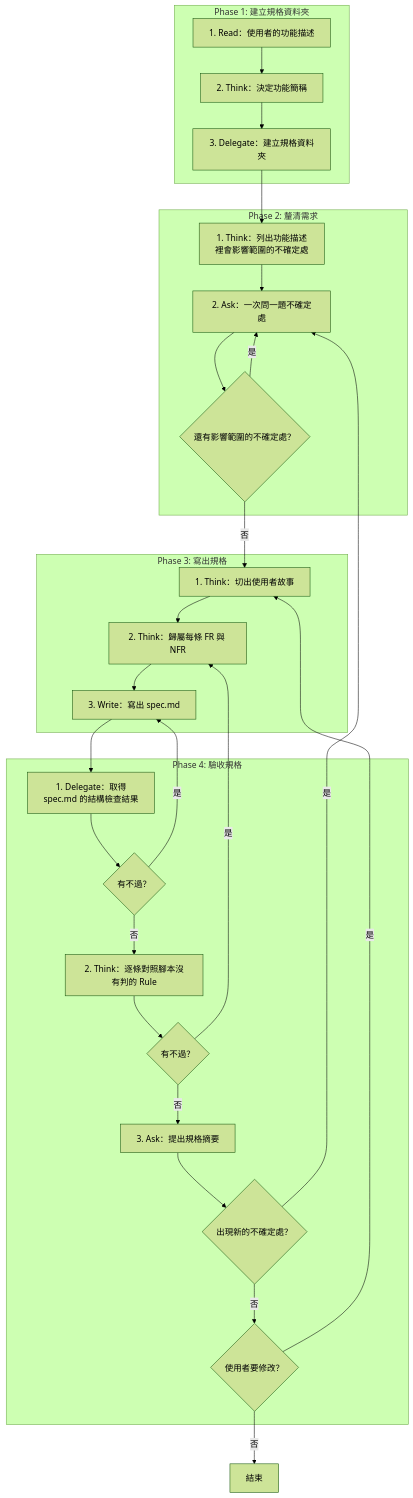
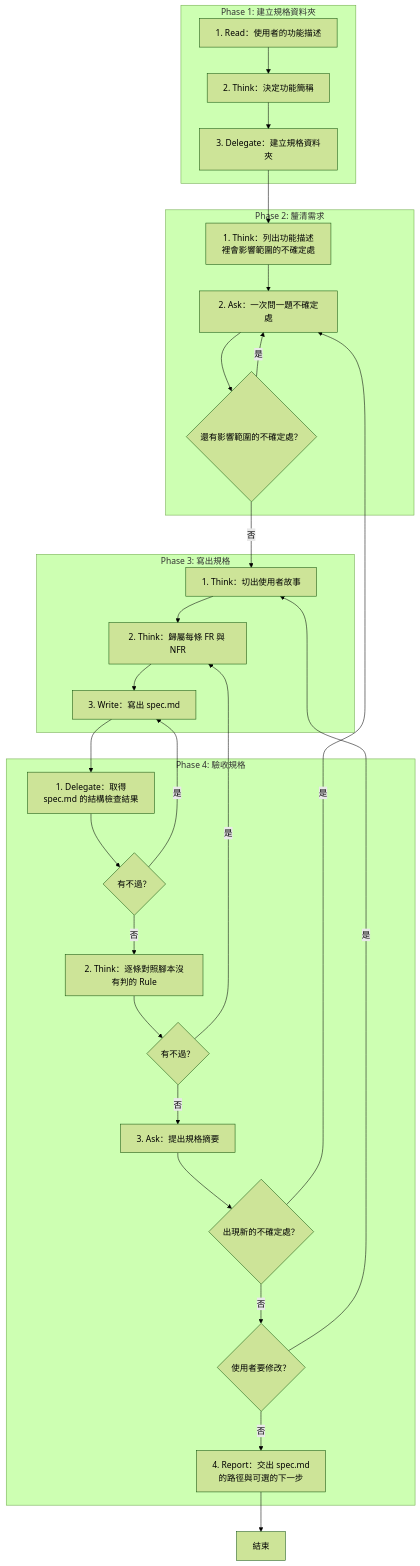
The diagram in .agents/skills/specify/SKILL.md (AI-x-BDD/BDGG-Dev-Skills), drawn with Mermaid (forest theme) before and after one commit. The commit also changed other lines of this file and 16 other files, not shown here.

````diff
--- a/.agents/skills/specify/SKILL.md
+++ b/.agents/skills/specify/SKILL.md
@@ -30,49 +31,51 @@
 ```mermaid
 flowchart TD
     subgraph P1["Phase 1: 建立規格資料夾"]
         P1S1["1. Read：使用者的功能描述"]
         P1S2["2. Think：決定功能簡稱"]
         P1S3["3. Delegate：建立規格資料夾"]
     end
     subgraph P2["Phase 2: 釐清需求"]
         P2S1["1. Think：列出功能描述<br/>裡會影響範圍的不確定處"]
         P2S2["2. Ask：一次問一題不確定處"]
         G_P2S2_1{"還有影響範圍的不確定處？"}
     end
     subgraph P3["Phase 3: 寫出規格"]
         P3S1["1. Think：切出使用者故事"]
         P3S2["2. Think：歸屬每條 FR 與 NFR"]
         P3S3["3. Write：寫出 spec.md"]
     end
     subgraph P4["Phase 4: 驗收規格"]
         P4S1["1. Delegate：取得<br/>spec.md 的結構檢查結果"]
         G_P4S1_1{"有不過？"}
         P4S2["2. Think：逐條對照腳本沒有判的 Rule"]
         G_P4S2_1{"有不過？"}
         P4S3["3. Ask：提出規格摘要"]
         G_P4S3_1{"出現新的不確定處？"}
         G_P4S3_2{"使用者要修改？"}
+        P4S4["4. Report：交出 spec.md<br/>的路徑與可選的下一步"]
     end
     End["結束"]
     P1S1 --> P1S2
     P1S2 --> P1S3
     P1S3 --> P2S1
     P2S1 --> P2S2
     P2S2 --> G_P2S2_1
     G_P2S2_1 -->|是| P2S2
     G_P2S2_1 -->|否| P3S1
     P3S1 --> P3S2
     P3S2 --> P3S3
     P3S3 --> P4S1
     P4S1 --> G_P4S1_1
     G_P4S1_1 -->|是| P3S3
     G_P4S1_1 -->|否| P4S2
     P4S2 --> G_P4S2_1
     G_P4S2_1 -->|是| P3S2
     G_P4S2_1 -->|否| P4S3
     P4S3 --> G_P4S3_1
     G_P4S3_1 -->|是| P2S2
     G_P4S3_1 -->|否| G_P4S3_2
     G_P4S3_2 -->|是| P3S1
-    G_P4S3_2 -->|否| End
+    G_P4S3_2 -->|否| P4S4
+    P4S4 --> End
 ```
````
